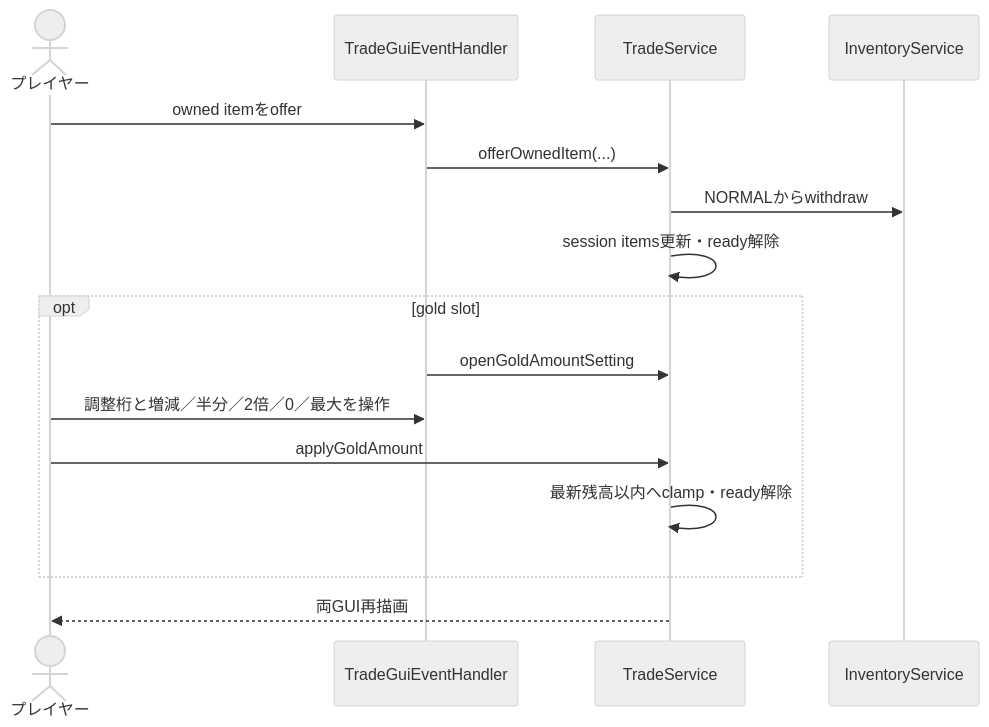
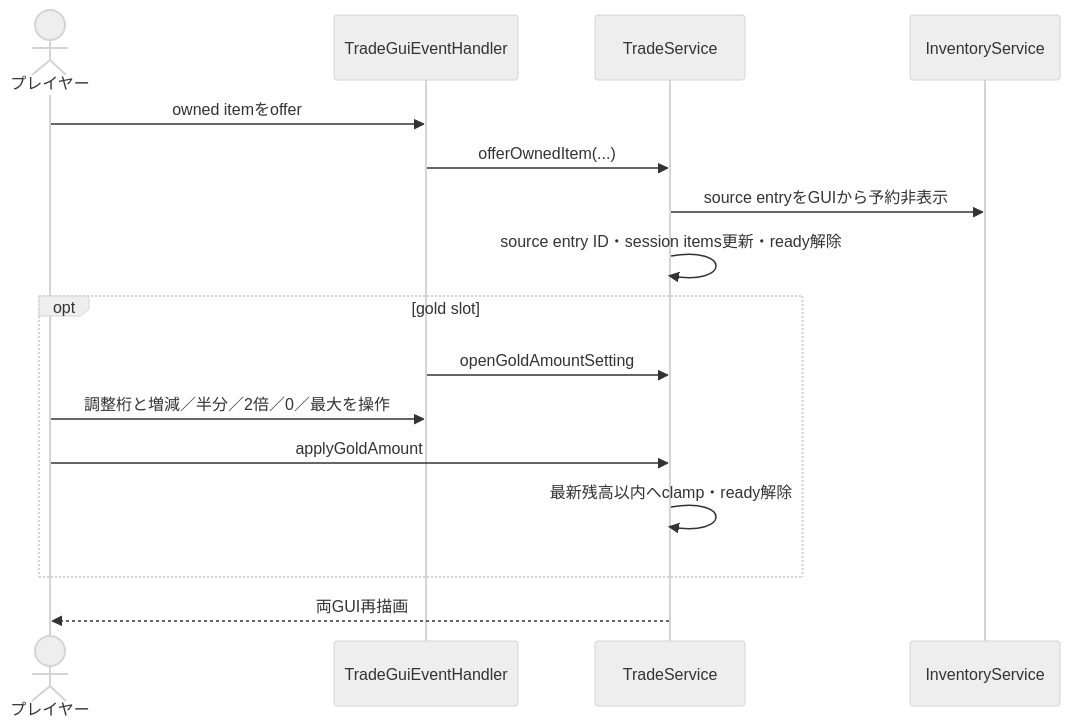
Before and after one commit to maaasu/AstralRecord-Workspace: the second of 4 diagrams in 00_docs/10_Plugin設計書/feature/22-trade/22_4-統合フロー.md, drawn with Mermaid (neutral theme). The commit also changed other lines of this file and 33 other files, not shown here.

````diff
--- a/00_docs/10_Plugin設計書/feature/22-trade/22_4-統合フロー.md
+++ b/00_docs/10_Plugin設計書/feature/22-trade/22_4-統合フロー.md
@@ -36,18 +36,18 @@
 ```mermaid
 sequenceDiagram
     actor Player as プレイヤー
     participant GUI as TradeGuiEventHandler
     participant Trade as TradeService
     participant Inventory as InventoryService
     Player->>GUI: owned itemをoffer
     GUI->>Trade: offerOwnedItem(...)
-    Trade->>Inventory: NORMALからwithdraw
-    Trade->>Trade: session items更新・ready解除
+    Trade->>Inventory: source entryをGUIから予約非表示
+    Trade->>Trade: source entry ID・session items更新・ready解除
     opt gold slot
         GUI->>Trade: openGoldAmountSetting
         Player->>GUI: 調整桁と増減／半分／2倍／0／最大を操作
         Player->>Trade: applyGoldAmount
         Trade->>Trade: 最新残高以内へclamp・ready解除
     end
     Trade-->>Player: 両GUI再描画
 ```
````
